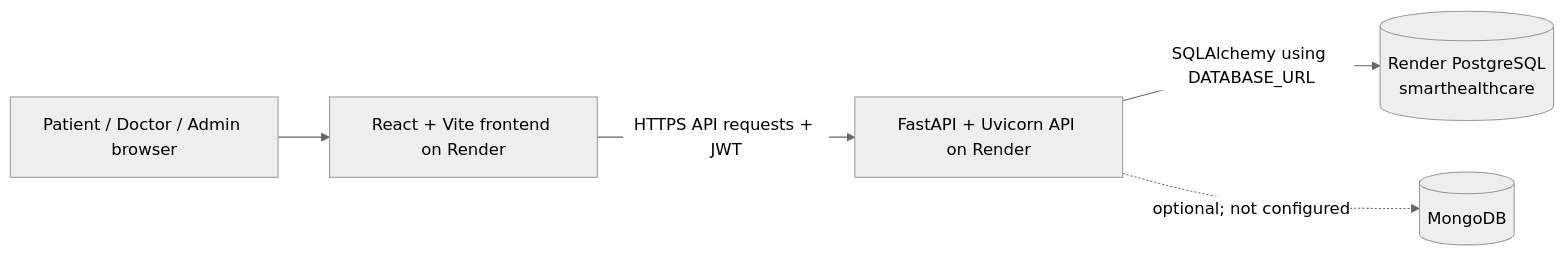
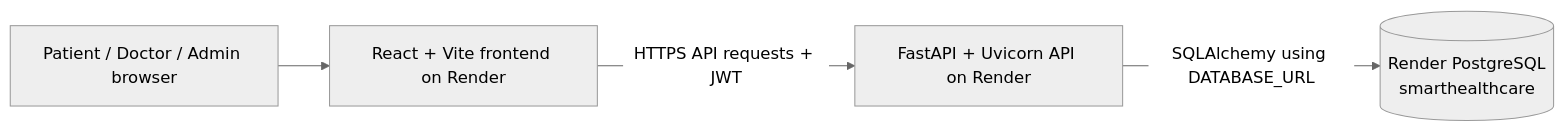
The diagram in docs/BACKEND_OVERVIEW.md (vadlavishal-85/AI-Driven-Smart-Healthcare), drawn with Mermaid (neutral theme) before and after one commit. The commit also changed other lines of this file and 11 other files, not shown here.

````diff
--- a/docs/BACKEND_OVERVIEW.md
+++ b/docs/BACKEND_OVERVIEW.md
@@ -5,7 +5,6 @@
 ```mermaid
 flowchart LR
   U[Patient / Doctor / Admin browser] --> F[React + Vite frontend on Render]
   F -->|HTTPS API requests + JWT| A[FastAPI + Uvicorn API on Render]
   A -->|SQLAlchemy using DATABASE_URL| P[(Render PostgreSQL\nsmarthealthcare)]
-  A -. optional; not configured .-> M[(MongoDB)]
 ```
````
